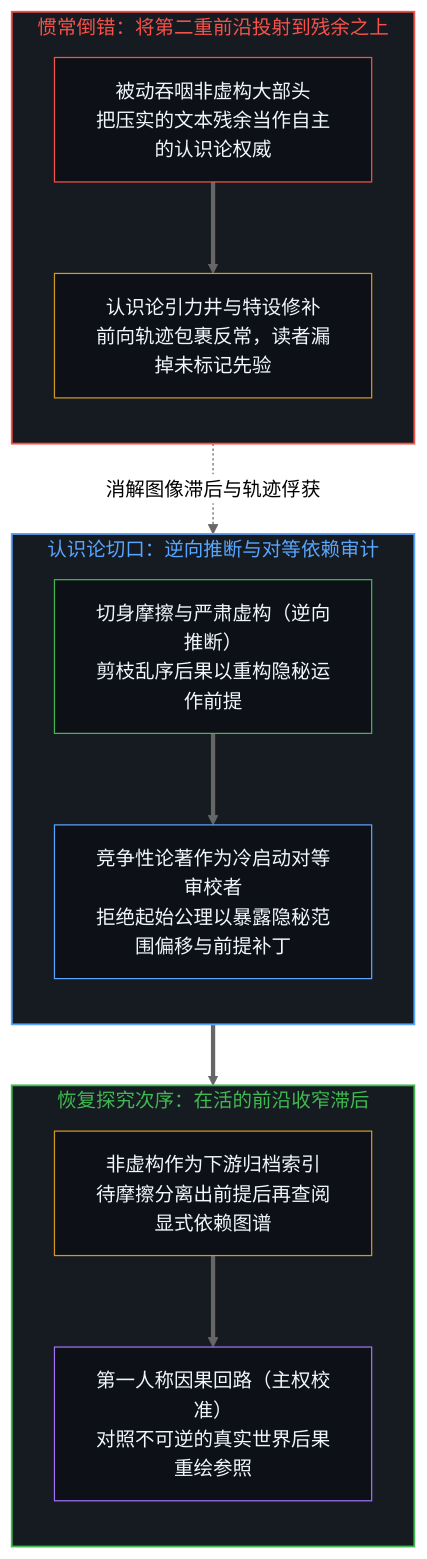
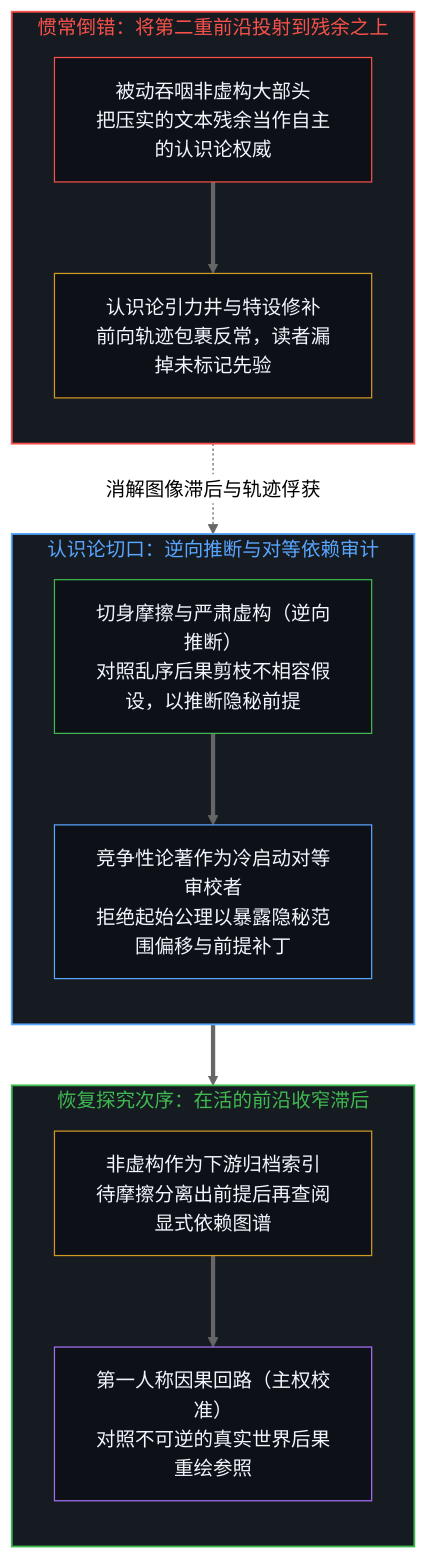
Before and after one commit to powerpig99/not-a-toe: the first of 2 diagrams in content/posts/the-inversion-of-reading-and-the-order-of-inference.md, drawn with Mermaid (neutral theme). The commit also changed other lines of this file and 1 other file, not shown here.

Commit message:
Consolidate Deep Sleep Batch 12 (lane-agency): restore agency locus and fix backward-inference diagram node in the-inversion-of-reading-and-the-order-of-inference

````diff
--- a/content/posts/the-inversion-of-reading-and-the-order-of-inference.md
+++ b/content/posts/the-inversion-of-reading-and-the-order-of-inference.md
@@ -53,32 +53,32 @@
 ```mermaid
 flowchart TD
     subgraph S_LAG["惯常倒错：将第二重前沿投射到残余之上"]
         direction TB
         N_REV["被动吞咽非虚构大部头<br/>把压实的文本残余当作自主的认识论权威"]
         N_WELL["认识论引力井与特设修补<br/>前向轨迹包裹反常，读者漏掉未标记先验"]
         N_REV ==> N_WELL
     end
     subgraph S_CUT["认识论切口：逆向推断与对等依赖审计"]
         direction TB
-        N_BACK["切身摩擦与严肃虚构（逆向推断）<br/>剪枝乱序后果以重构隐秘运作前提"]
+        N_BACK["切身摩擦与严肃虚构（逆向推断）<br/>对照乱序后果剪枝不相容假设，以推断隐秘前提"]
         N_COMP["竞争性论著作为冷启动对等审校者<br/>拒绝起始公理以暴露隐秘范围偏移与前提补丁"]
         N_BACK ==> N_COMP
     end
     subgraph S_ORDER["恢复探究次序：在活的前沿收窄滞后"]
         direction TB
         N_INDEX["非虚构作为下游归档索引<br/>待摩擦分离出前提后再查阅显式依赖图谱"]
         N_EDGE["第一人称因果回路（主权校准）<br/>对照不可逆的真实世界后果重绘参照"]
         N_INDEX ==> N_EDGE
     end
     N_WELL -. "消解图像滞后与轨迹俘获" .-> N_BACK
     N_COMP ==> N_INDEX
     style S_LAG fill:#161b22,stroke:#f85149,stroke-width:1.5px,color:#f85149
     style S_CUT fill:#161b22,stroke:#58a6ff,stroke-width:1.5px,color:#58a6ff
     style S_ORDER fill:#161b22,stroke:#3fb950,stroke-width:1.5px,color:#3fb950
     style N_REV fill:#0d1117,stroke:#f85149,stroke-width:1px,color:#f0f6fc
     style N_WELL fill:#0d1117,stroke:#d29922,stroke-width:1px,color:#f0f6fc
     style N_BACK fill:#0d1117,stroke:#3fb950,stroke-width:1px,color:#f0f6fc
     style N_COMP fill:#0d1117,stroke:#58a6ff,stroke-width:1px,color:#f0f6fc
     style N_INDEX fill:#0d1117,stroke:#d29922,stroke-width:1px,color:#f0f6fc
     style N_EDGE fill:#0d1117,stroke:#a371f7,stroke-width:1px,color:#f0f6fc
 ```
````
